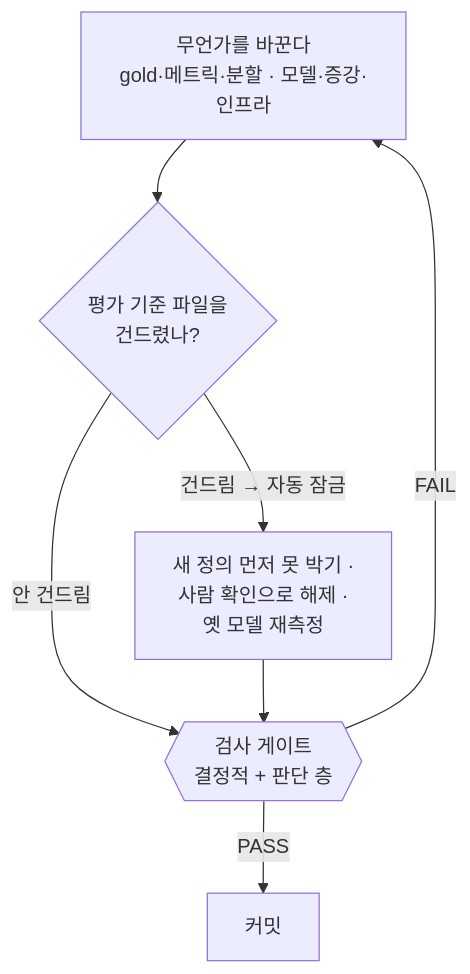
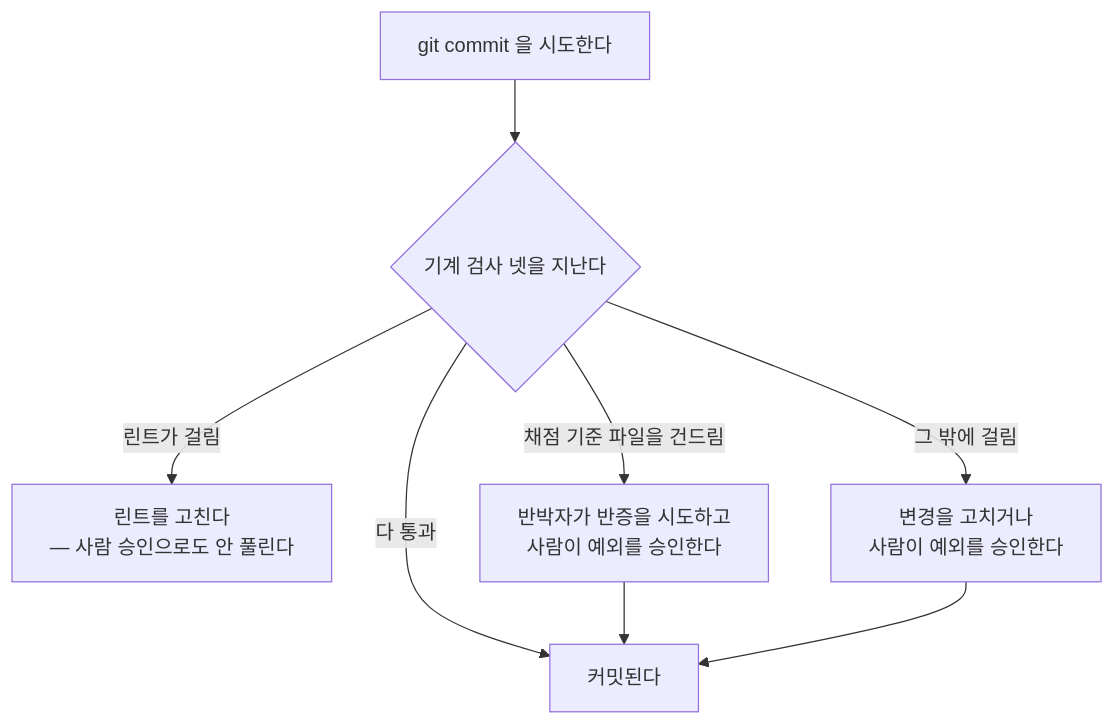
One commit to groovallstar/ner-pipeline-public changed the second of 2 diagrams in CLAUDE.md. Above: the diagram before and after it, drawn with Mermaid. The commit also changed other lines of this file and 9 other files, not shown here.

````diff
--- a/CLAUDE.md
+++ b/CLAUDE.md
@@ -77,9 +81,10 @@
 ```mermaid
 flowchart TD
-    Change["무언가를 바꾼다<br/>gold·메트릭·분할 · 모델·증강·인프라"] --> Ruler{"평가 기준 파일을<br/>건드렸나?"}
-    Ruler -->|"건드림 → 자동 잠금"| Front["새 정의 먼저 못 박기 ·<br/>사람 확인으로 해제 ·<br/>옛 모델 재측정"]
-    Ruler -->|"안 건드림"| Gate
-    Front --> Gate{{"검사 게이트<br/>결정적 + 판단 층"}}
-    Gate -->|"FAIL"| Change
-    Gate -->|"PASS"| Done["커밋"]
+    C["git commit 을 시도한다"] --> M{"기계 검사 넷을 지난다"}
+    M -->|"다 통과"| OK["커밋된다"]
+    M -->|"린트가 걸림"| R["린트를 고친다<br/>— 사람 승인으로도 안 풀린다"]
+    M -->|"채점 기준 파일을 건드림"| F["반박자가 반증을 시도하고<br/>사람이 예외를 승인한다"]
+    M -->|"그 밖에 걸림"| A["변경을 고치거나<br/>사람이 예외를 승인한다"]
+    F --> OK
+    A --> OK
 ```
````
